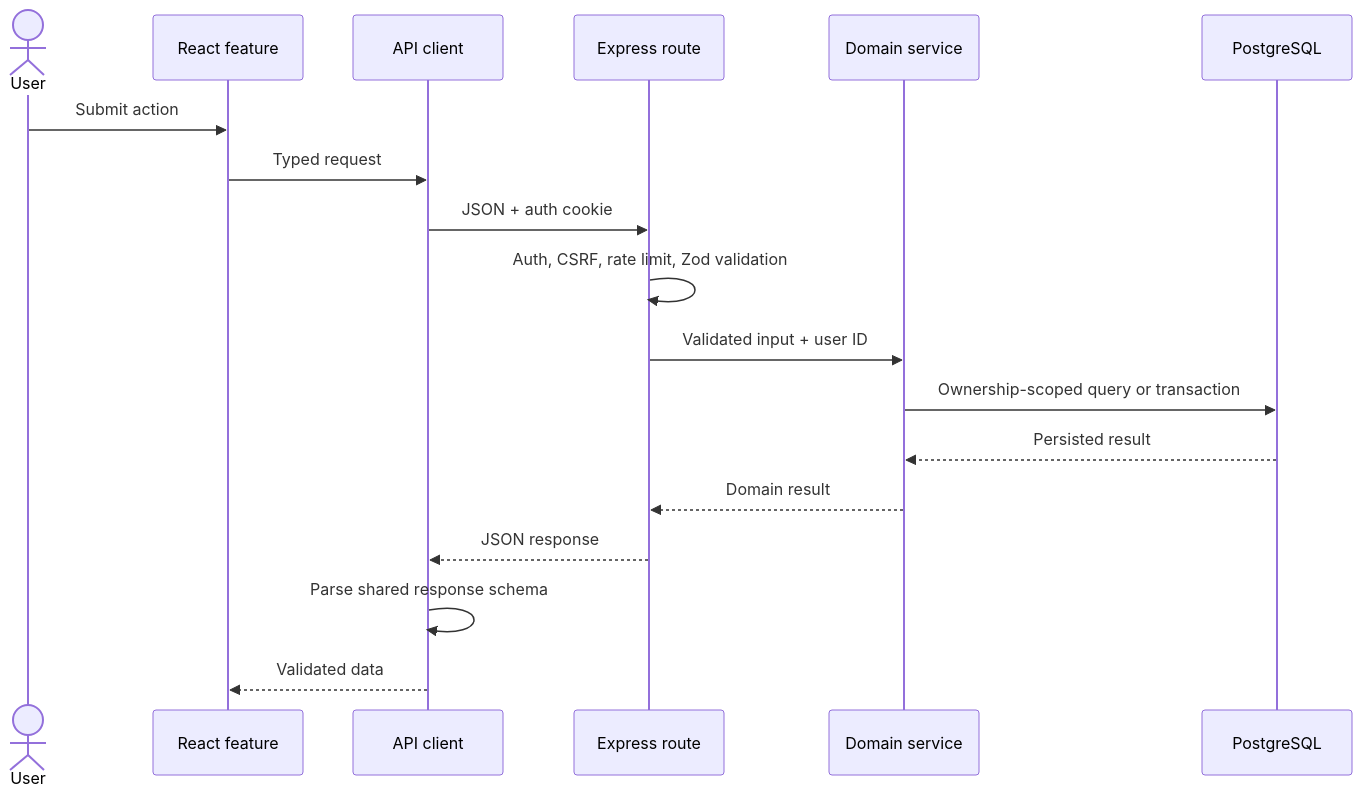
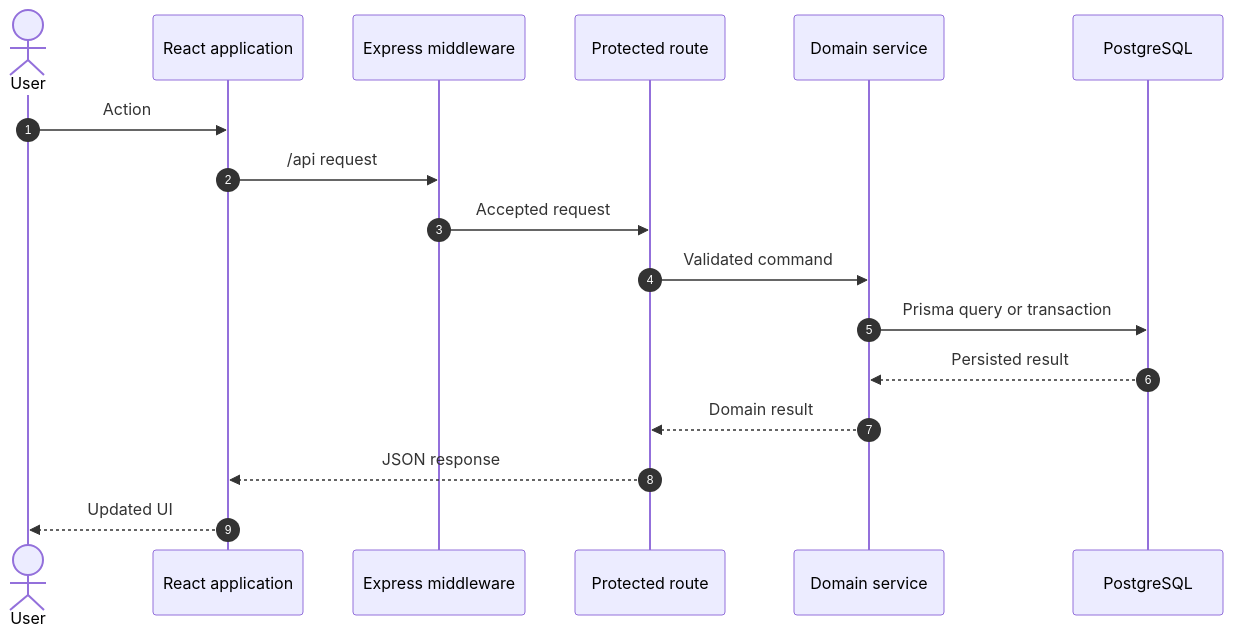
One commit to jakobzagar/Fit-Track changed the first of 2 diagrams in docs/architecture.md. Above: the diagram before and after it, drawn with Mermaid. The commit also changed other lines of this file and 1 other file, not shown here.

Commit message:
docs: refine architecture diagrams

````diff
--- a/docs/architecture.md
+++ b/docs/architecture.md
@@ -17,21 +17,20 @@
 ```mermaid
 sequenceDiagram
+    autonumber
     actor User
-    participant UI as React feature
-    participant Client as API client
-    participant Route as Express route
+    participant Frontend as React application
+    participant Gateway as Express middleware
+    participant Route as Protected route
     participant Service as Domain service
     participant DB as PostgreSQL
 
-    User->>UI: Submit action
-    UI->>Client: Typed request
-    Client->>Route: JSON + auth cookie
-    Route->>Route: Auth, CSRF, rate limit, Zod validation
-    Route->>Service: Validated input + user ID
-    Service->>DB: Ownership-scoped query or transaction
+    User->>Frontend: Action
+    Frontend->>Gateway: /api request
+    Gateway->>Route: Accepted request
+    Route->>Service: Validated command
+    Service->>DB: Prisma query or transaction
     DB-->>Service: Persisted result
     Service-->>Route: Domain result
-    Route-->>Client: JSON response
-    Client->>Client: Parse shared response schema
-    Client-->>UI: Validated data
+    Route-->>Frontend: JSON response
+    Frontend-->>User: Updated UI
 ```
````
